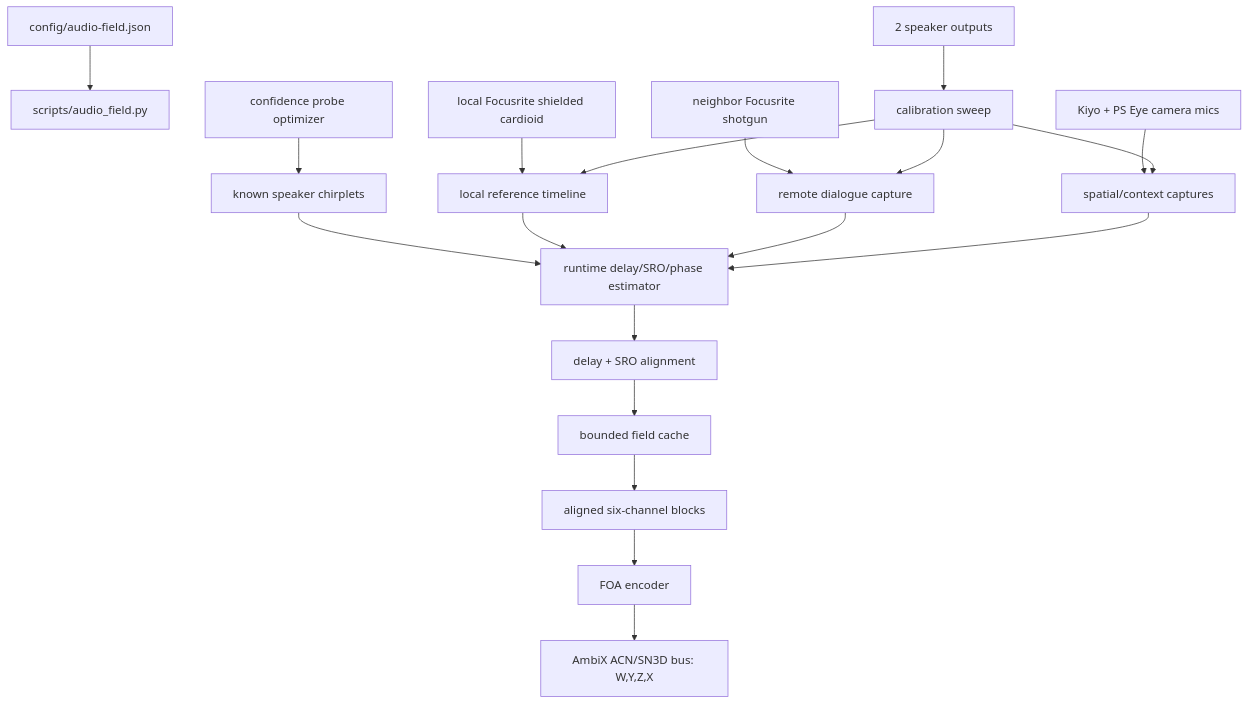
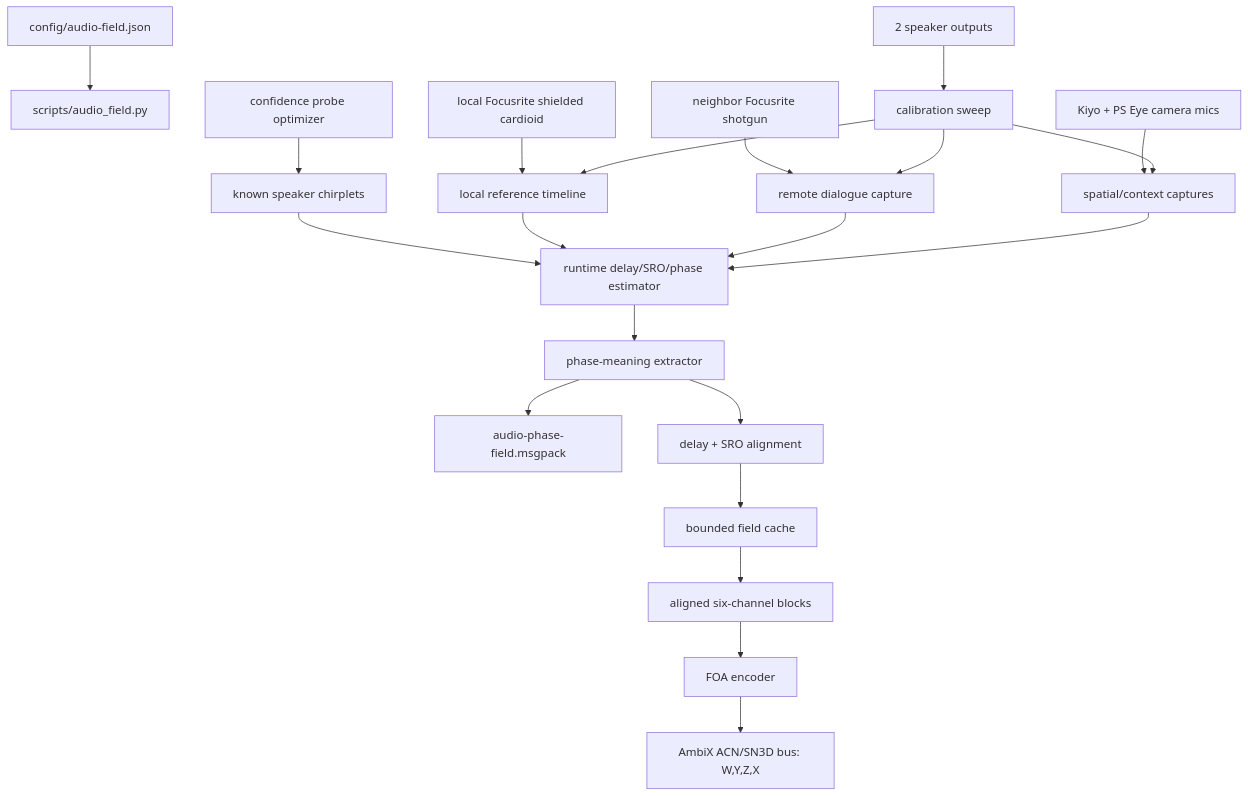
The second of 4 diagrams in notes/current-system-map.md (GameCult/Mimir), drawn with Mermaid before and after one commit. The commit also changed other lines of this file and 9 other files, not shown here.

Commit message:
Add live phase-field meaning stream

````diff
--- a/notes/current-system-map.md
+++ b/notes/current-system-map.md
@@ -42,21 +42,23 @@
 ```mermaid
 flowchart TD
     A["config/audio-field.json"] --> B["scripts/audio_field.py"]
     C["local Focusrite shielded cardioid"] --> D["local reference timeline"]
     E["neighbor Focusrite shotgun"] --> F["remote dialogue capture"]
     G["Kiyo + PS Eye camera mics"] --> H["spatial/context captures"]
     I["2 speaker outputs"] --> J["calibration sweep"]
     J --> D
     J --> F
     J --> H
     R["confidence probe optimizer"] --> P["known speaker chirplets"]
     P --> Q["runtime delay/SRO/phase estimator"]
     D --> Q
     F --> Q
     H --> Q
-    Q --> K["delay + SRO alignment"]
+    Q --> S["phase-meaning extractor"]
+    S --> T["audio-phase-field.msgpack"]
+    S --> K["delay + SRO alignment"]
     K --> L["bounded field cache"]
     L --> M["aligned six-channel blocks"]
     M --> N["FOA encoder"]
     N --> O["AmbiX ACN/SN3D bus: W,Y,Z,X"]
 ```
````
